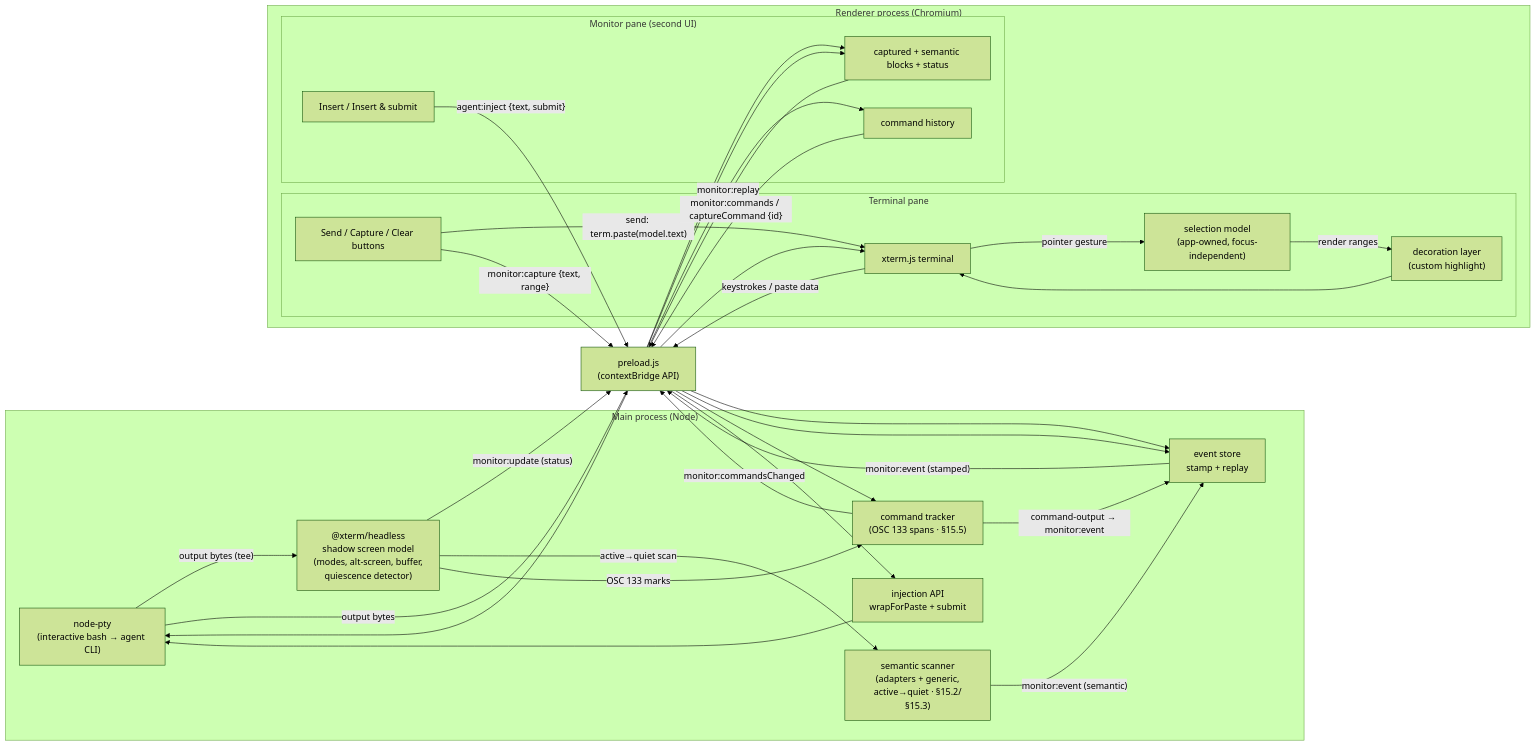
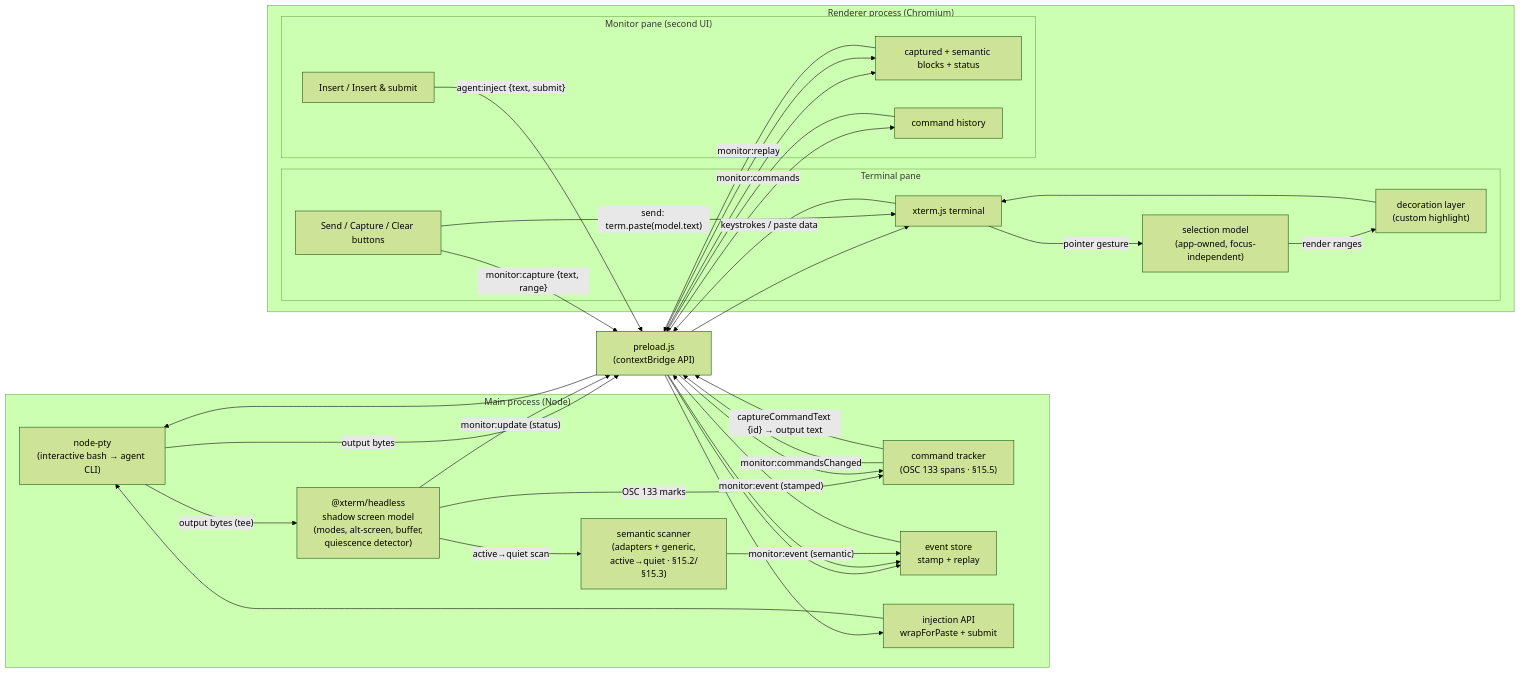
Before and after one commit to dylanb/agent-terminal: the diagram in terminal-web-ui-spec.md, drawn with Mermaid (forest theme). The commit also changed other lines of this file and 18 other files, not shown here.

````diff
--- a/terminal-web-ui-spec.md
+++ b/terminal-web-ui-spec.md
@@ -84,43 +90,43 @@
 ```mermaid
 flowchart LR
     subgraph Main["Main process (Node)"]
         PTY["node-pty<br/>(interactive bash → agent CLI)"]
         SHADOW["@xterm/headless<br/>shadow screen model<br/>(modes, alt-screen, buffer,<br/>quiescence detector)"]
         SCAN["semantic scanner<br/>(adapters + generic,<br/>active→quiet · §15.2/§15.3)"]
         CMD["command tracker<br/>(OSC 133 spans · §15.5)"]
         STORE["event store<br/>stamp + replay"]
         INJ["injection API<br/>wrapForPaste + submit"]
     end
     subgraph Renderer["Renderer process (Chromium)"]
         subgraph TermPane["Terminal pane"]
             XT["xterm.js terminal"]
             SELMODEL["selection model<br/>(app-owned, focus-independent)"]
             DECO["decoration layer<br/>(custom highlight)"]
             BTN["Send / Capture / Clear buttons"]
         end
         subgraph MonPane["Monitor pane (second UI)"]
             LIST["captured + semantic blocks + status"]
             HIST["command history"]
             ACT["Insert / Insert & submit"]
         end
     end
     Preload["preload.js<br/>(contextBridge API)"]
 
     PTY -- "output bytes (tee)" --> SHADOW
     PTY -- "output bytes" --> Preload --> XT
     XT -- "keystrokes / paste data" --> Preload --> PTY
     XT -- "pointer gesture" --> SELMODEL
     SELMODEL -- "render ranges" --> DECO --> XT
     BTN -- "send: term.paste(model.text)" --> XT
     BTN -- "monitor:capture {text, range}" --> Preload --> STORE
     STORE -- "monitor:event (stamped)" --> Preload --> LIST
     LIST -- "monitor:replay" --> Preload --> STORE
     SHADOW -- "monitor:update (status)" --> Preload --> LIST
     SHADOW -- "active→quiet scan" --> SCAN
     SCAN -- "monitor:event (semantic)" --> STORE
     SHADOW -- "OSC 133 marks" --> CMD
     CMD -- "monitor:commandsChanged" --> Preload --> HIST
-    HIST -- "monitor:commands / captureCommand {id}" --> Preload --> CMD
-    CMD -- "command-output → monitor:event" --> STORE
+    HIST -- "monitor:commands" --> Preload --> CMD
+    CMD -- "captureCommandText {id} → output text" --> Preload
     ACT -- "agent:inject {text, submit}" --> Preload --> INJ --> PTY
 ```
````
